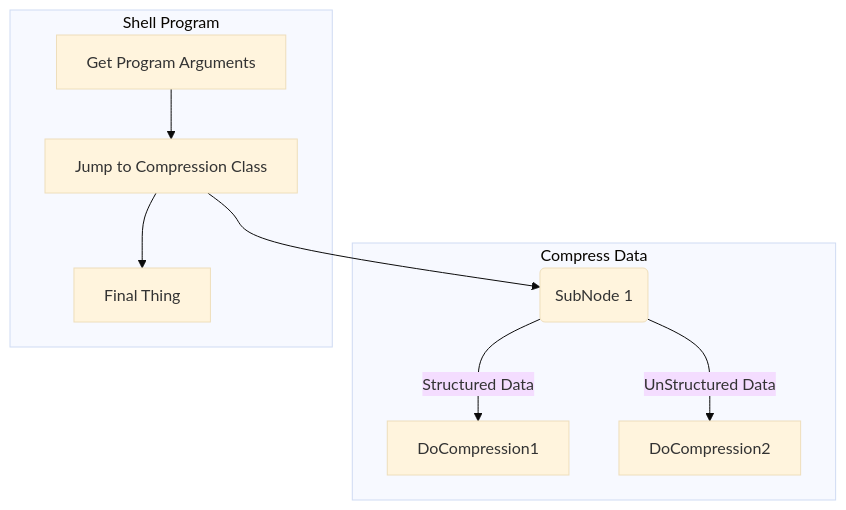
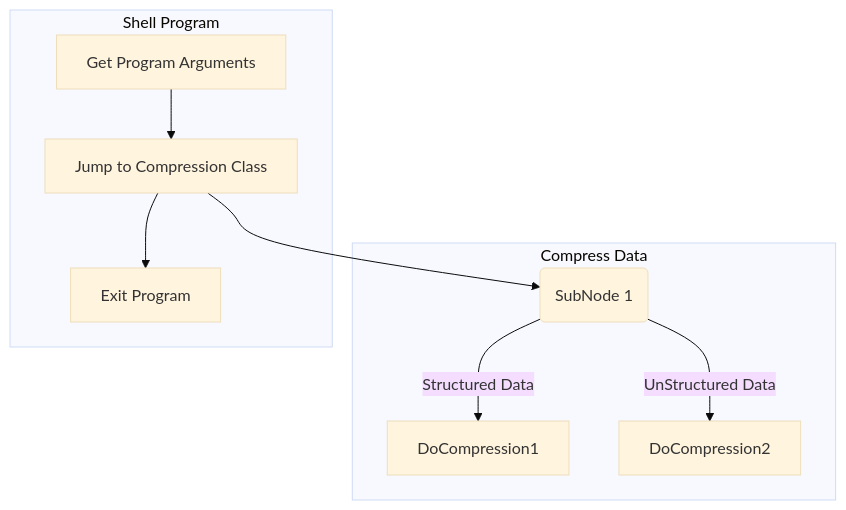
The third of 3 diagrams in foundation.git.markdown.md (carldavidbrownjr/repo1), drawn with Mermaid (base theme) before and after one commit.

````diff
--- a/foundation.git.markdown.md
+++ b/foundation.git.markdown.md
@@ -59,15 +59,15 @@
 ```mermaid
 graph TB
 
   SubGraph1 --> SubGraph1Flow
   subgraph "Compress Data"
   SubGraph1Flow(SubNode 1)
   SubGraph1Flow -- Structured Data --> DoCompression1
   SubGraph1Flow -- UnStructured Data --> DoCompression2
   end
 
   subgraph "Shell Program"
   userinput[Get Program Arguments] --> SubGraph1[Jump to Compression Class]
-  SubGraph1 --> FinalThing[Final Thing]
+  SubGraph1 --> endprg[Exit Program]
 end
 ```
````
